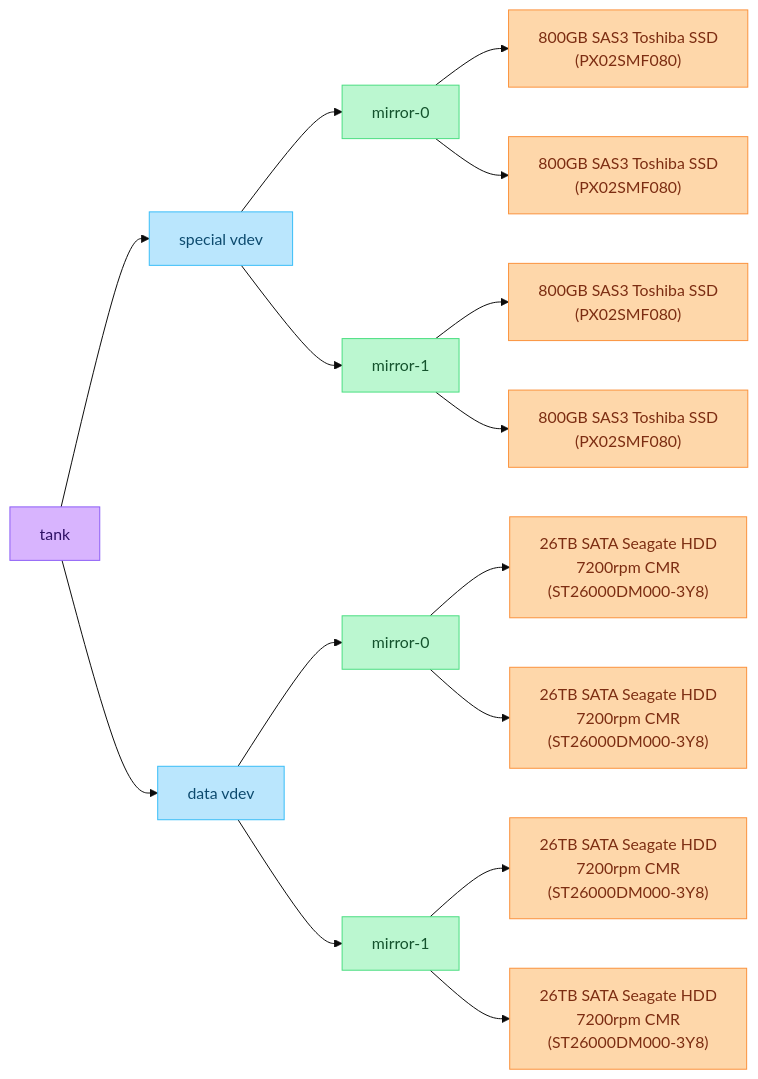
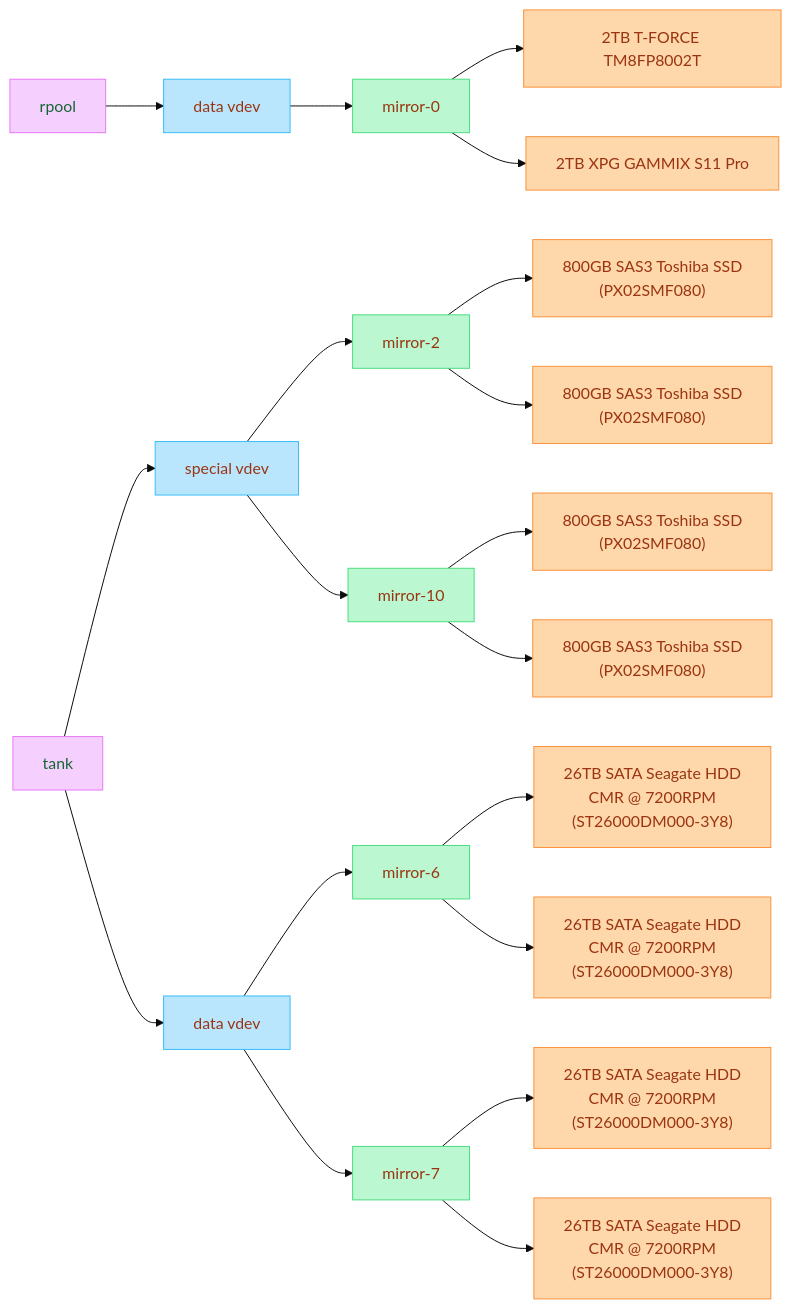
The first of 3 diagrams in README.md (danterazo/docker-configs), drawn with Mermaid (base theme) before and after one commit. The commit also changed other lines of this file, not shown here.

Commit message:
Mermaid improvements

````diff
--- a/README.md
+++ b/README.md
@@ -30,31 +13,34 @@
 ```mermaid
 flowchart LR
-    tank["tank"]
+    rpool --> rpool_data["data vdev"]
+    rpool_data --> rpool_mirror["mirror-0"]
+    rpool_mirror --> rpool_ssd1["2TB T-FORCE TM8FP8002T"]
+    rpool_mirror --> rpool_ssd2["2TB XPG GAMMIX S11 Pro"]
 
     tank --> special["special vdev"]
     tank --> data["data vdev"]
 
-    special --> special_mirror0["mirror-0"]
-    special --> special_mirror1["mirror-1"]
-    special_mirror0 --> special_ssd1["800GB SAS3 Toshiba SSD<br/>(PX02SMF080)"]
-    special_mirror0 --> special_ssd2["800GB SAS3 Toshiba SSD<br/>(PX02SMF080)"]
-    special_mirror1 --> special_ssd3["800GB SAS3 Toshiba SSD<br/>(PX02SMF080)"]
-    special_mirror1 --> special_ssd4["800GB SAS3 Toshiba SSD<br/>(PX02SMF080)"]
+    special --> special_mirror0["mirror-2"]
+    special --> special_mirror1["mirror-10"]
+    special_mirror0 --> special_ssd1["800GB SAS3 Toshiba SSD<br>(PX02SMF080)"]
+    special_mirror0 --> special_ssd2["800GB SAS3 Toshiba SSD<br>(PX02SMF080)"]
+    special_mirror1 --> special_ssd3["800GB SAS3 Toshiba SSD<br>(PX02SMF080)"]
+    special_mirror1 --> special_ssd4["800GB SAS3 Toshiba SSD<br>(PX02SMF080)"]
 
-    data --> data_mirror0["mirror-0"]
-    data --> data_mirror1["mirror-1"]
-    data_mirror0 --> data_hdd1["26TB SATA Seagate HDD<br/>7200rpm CMR<br/>(ST26000DM000-3Y8)"]
-    data_mirror0 --> data_hdd2["26TB SATA Seagate HDD<br/>7200rpm CMR<br/>(ST26000DM000-3Y8)"]
-    data_mirror1 --> data_hdd3["26TB SATA Seagate HDD<br/>7200rpm CMR<br/>(ST26000DM000-3Y8)"]
-    data_mirror1 --> data_hdd4["26TB SATA Seagate HDD<br/>7200rpm CMR<br/>(ST26000DM000-3Y8)"]
+    data --> data_mirror0["mirror-6"]
+    data --> data_mirror1["mirror-7"]
+    data_mirror0 --> data_hdd1["26TB SATA Seagate HDD<br>CMR @ 7200RPM<br>(ST26000DM000-3Y8)"]
+    data_mirror0 --> data_hdd2["26TB SATA Seagate HDD<br>CMR @ 7200RPM<br>(ST26000DM000-3Y8)"]
+    data_mirror1 --> data_hdd3["26TB SATA Seagate HDD<br>CMR @ 7200RPM<br>(ST26000DM000-3Y8)"]
+    data_mirror1 --> data_hdd4["26TB SATA Seagate HDD<br>CMR @ 7200RPM<br>(ST26000DM000-3Y8)"]
 
-    classDef pool fill:#d8b4fe,color:#2e1065,stroke:#8b5cf6
-    classDef vdev fill:#bae6fd,color:#0c4a6e,stroke:#38bdf8
-    classDef mirror fill:#bbf7d0,color:#14532d,stroke:#4ade80
-    classDef disk fill:#fed7aa,color:#7c2d12,stroke:#fb923c
+    classDef pool fill:#f5d0fe,color:#166534,stroke:#e879f9
+    classDef vdev fill:#bae6fd,color:#9a3412,stroke:#38bdf8
+    classDef mirror fill:#bbf7d0,color:#9a3412,stroke:#4ade80
+    classDef disk fill:#fed7aa,color:#9a3412,stroke:#fb923c
 
-    class tank pool
-    class special,data vdev
-    class special_mirror0,special_mirror1,data_mirror0,data_mirror1 mirror
-    class special_ssd1,special_ssd2,special_ssd3,special_ssd4,data_hdd1,data_hdd2,data_hdd3,data_hdd4 disk
+    class rpool,tank pool
+    class rpool_data,special,data vdev
+    class rpool_mirror,special_mirror0,special_mirror1,data_mirror0,data_mirror1 mirror
+    class rpool_ssd1,rpool_ssd2,special_ssd1,special_ssd2,special_ssd3,special_ssd4,data_hdd1,data_hdd2,data_hdd3,data_hdd4 disk
 ```
````
